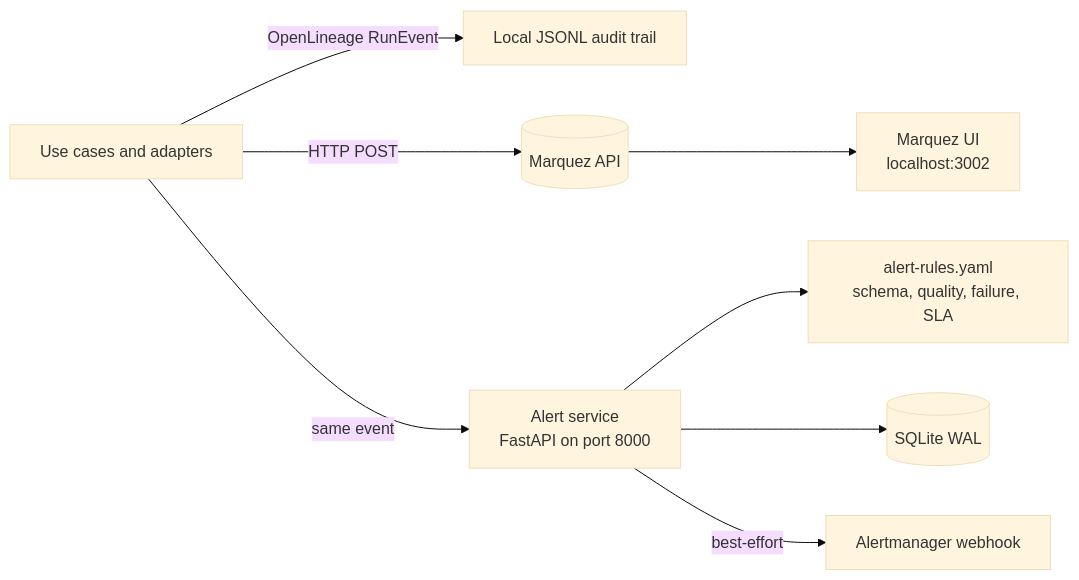
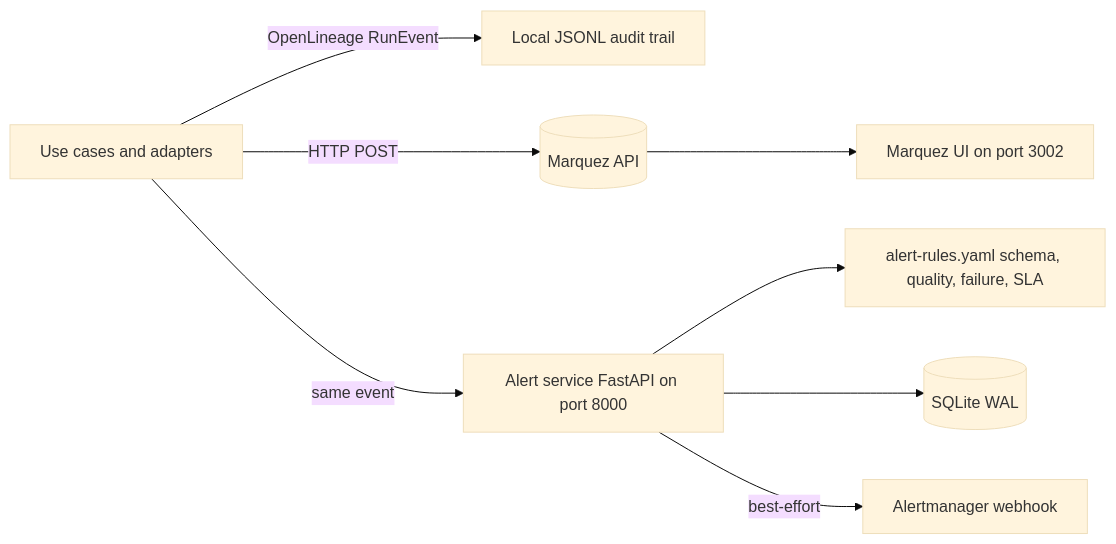
Before and after one commit to sergio11/cloud_native_data_architecture_poc: the sixth of 9 diagrams in README.md, drawn with Mermaid (base theme). The commit also changed other lines of this file, not shown here.

Commit message:
docs(readme): align title and harden Mermaid diagrams

````diff
--- a/README.md
+++ b/README.md
@@ -351,10 +353,10 @@
 ```mermaid
-flowchart LR
+graph LR
     CORE["Use cases and adapters"] -->|OpenLineage RunEvent| AUDIT["Local JSONL audit trail"]
     CORE -->|HTTP POST| MQ[("Marquez API")]
-    MQ --> UI["Marquez UI<br/>localhost:3002"]
-    CORE -->|same event| WH["Alert service<br/>FastAPI on port 8000"]
-    WH --> RULES["alert-rules.yaml<br/>schema, quality, failure, SLA"]
+    MQ --> UI["Marquez UI on port 3002"]
+    CORE -->|same event| WH["Alert service FastAPI on port 8000"]
+    WH --> RULES["alert-rules.yaml schema, quality, failure, SLA"]
     WH --> DB[("SQLite WAL")]
     WH -->|best-effort| HOOK["Alertmanager webhook"]
 ```
````
